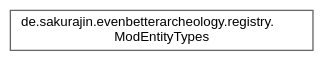
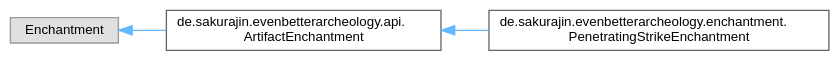
The diagram in inherit_graph_28.dot (noah1510/EvenBetterArcheology), drawn with Graphviz before and after one commit. The commit also changed 425 other files, not shown here.

```diff
--- a/inherit_graph_28.dot
+++ b/inherit_graph_28.dot
@@ -1,9 +1,13 @@
 digraph "Graphical Class Hierarchy"
 {
  // LATEX_PDF_SIZE
   bgcolor="transparent";
   edge [fontname=Helvetica,fontsize=10,labelfontname=Helvetica,labelfontsize=10];
   node [fontname=Helvetica,fontsize=10,shape=box,height=0.2,width=0.4];
   rankdir="LR";
-  Node0 [label="de.sakurajin.evenbetterarcheology.registry.\lModEntityTypes",height=0.2,width=0.4,color="grey40", fillcolor="white", style="filled",URL="$classde_1_1sakurajin_1_1evenbetterarcheology_1_1registry_1_1ModEntityTypes.html",tooltip=" "];
+  Node0 [label="Enchantment",height=0.2,width=0.4,color="grey60", fillcolor="#E0E0E0", style="filled",tooltip=" "];
+  Node0 -> Node1 [dir="back",color="steelblue1",style="solid"];
+  Node1 [label="de.sakurajin.evenbetterarcheology.api.\lArtifactEnchantment",height=0.2,width=0.4,color="grey40", fillcolor="white", style="filled",URL="$classde_1_1sakurajin_1_1evenbetterarcheology_1_1api_1_1ArtifactEnchantment.html",tooltip=" "];
+  Node1 -> Node2 [dir="back",color="steelblue1",style="solid"];
+  Node2 [label="de.sakurajin.evenbetterarcheology.enchantment.\lPenetratingStrikeEnchantment",height=0.2,width=0.4,color="grey40", fillcolor="white", style="filled",URL="$classde_1_1sakurajin_1_1evenbetterarcheology_1_1enchantment_1_1PenetratingStrikeEnchantment.html",tooltip=" "];
 }
```
